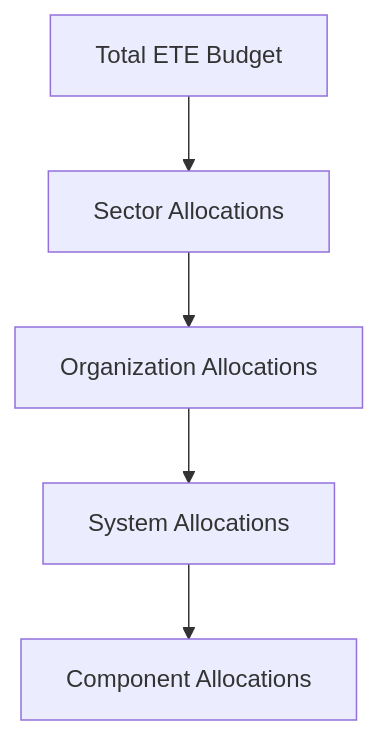
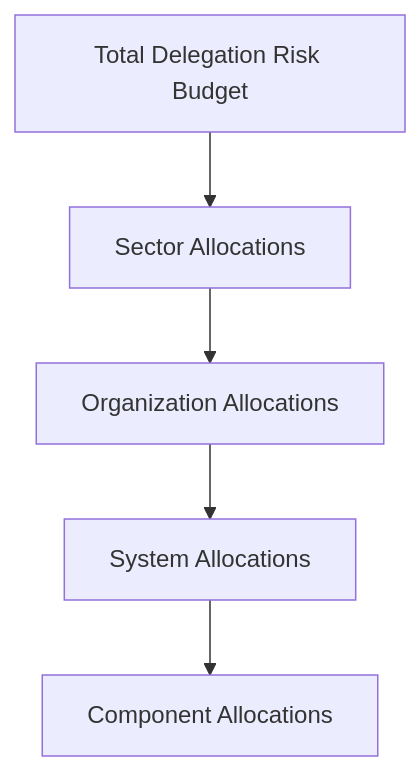
The third of 3 diagrams in src/content/docs/risk-budgeting/carbon-budgets.md (quantified-uncertainty/delegation-risk-framework), drawn with Mermaid before and after one commit. The commit also changed other lines of this file and 58 other files, not shown here.

````diff
--- a/src/content/docs/risk-budgeting/carbon-budgets.md
+++ b/src/content/docs/risk-budgeting/carbon-budgets.md
@@ -262,7 +262,7 @@
 ```mermaid
 flowchart TD
-    Total[Total ETE Budget] --> Sectors[Sector Allocations]
+    Total[Total Delegation Risk Budget] --> Sectors[Sector Allocations]
     Sectors --> Orgs[Organization Allocations]
     Orgs --> Systems[System Allocations]
     Systems --> Components[Component Allocations]
 ```
````
